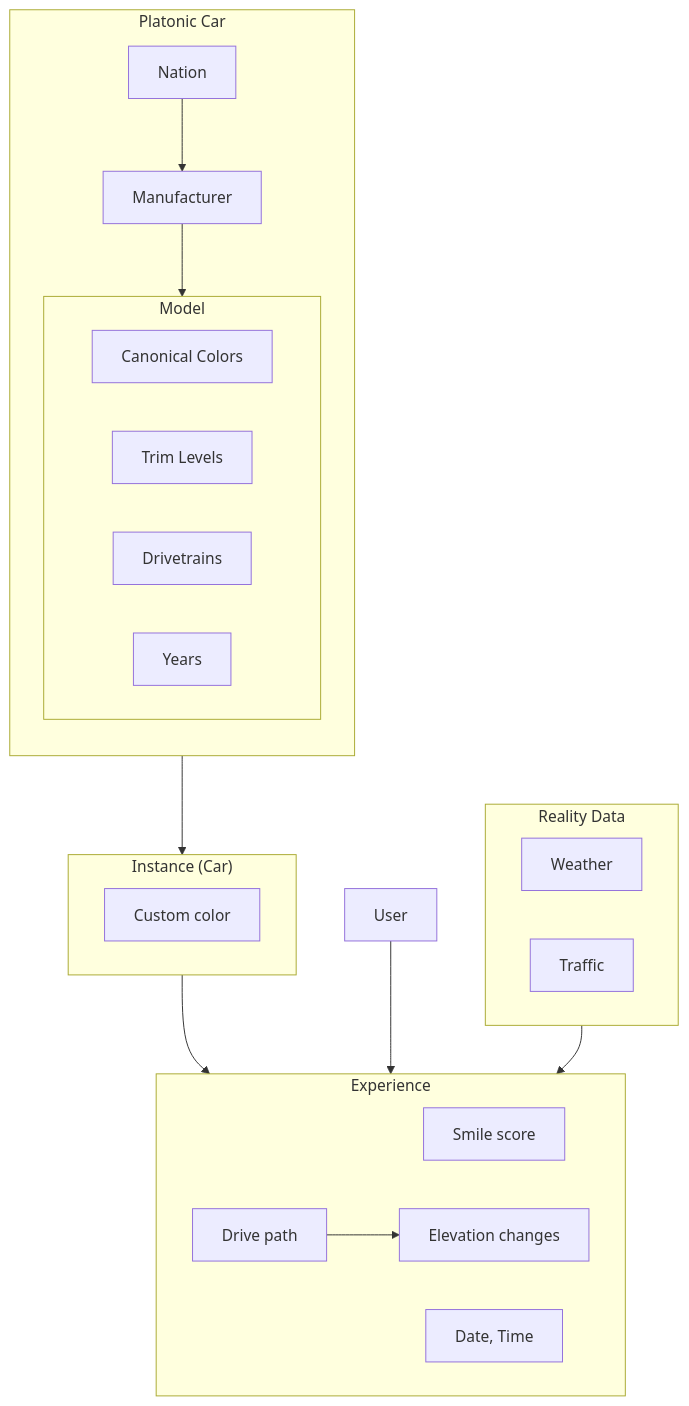
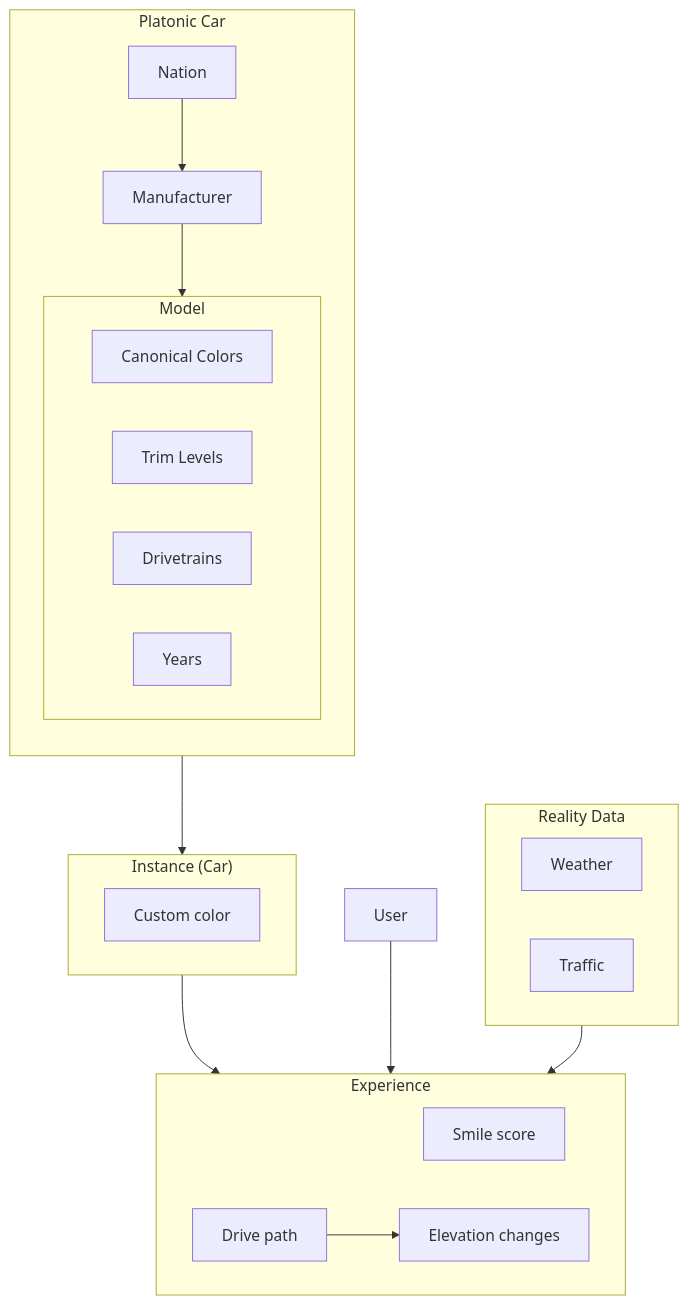
Before and after one commit to UUeird/dyno: the diagram in docs/product.md, drawn with Mermaid.

Commit message:
Remove Date, Time node from product flow chart

````diff
--- a/docs/product.md
+++ b/docs/product.md
@@ -7,30 +7,29 @@
 ```mermaid
 flowchart TD
     subgraph PlatonicCar["Platonic Car"]
         direction TD
         Nation --> Manufacturer --> Model
         subgraph Model["Model"]
             CanonicalColors["Canonical Colors"]
             Trim["Trim Levels"]
             Drivetrain["Drivetrains"]
             Year["Years"]
         end
     end
     subgraph Instance["Instance (Car)"]
         CustomColor["Custom color"]
     end
     PlatonicCar --> Instance
     subgraph Experience["Experience"]
         SmileScore["Smile score"]
         DrivePath["Drive path"] --> Elevation["Elevation changes"]
-        DateTime["Date, Time"]
     end
     Instance --> Experience
     User --> Experience
 
     subgraph RealityData["Reality Data"]
         Weather
         Traffic
     end
     RealityData --> Experience
 ```
````
